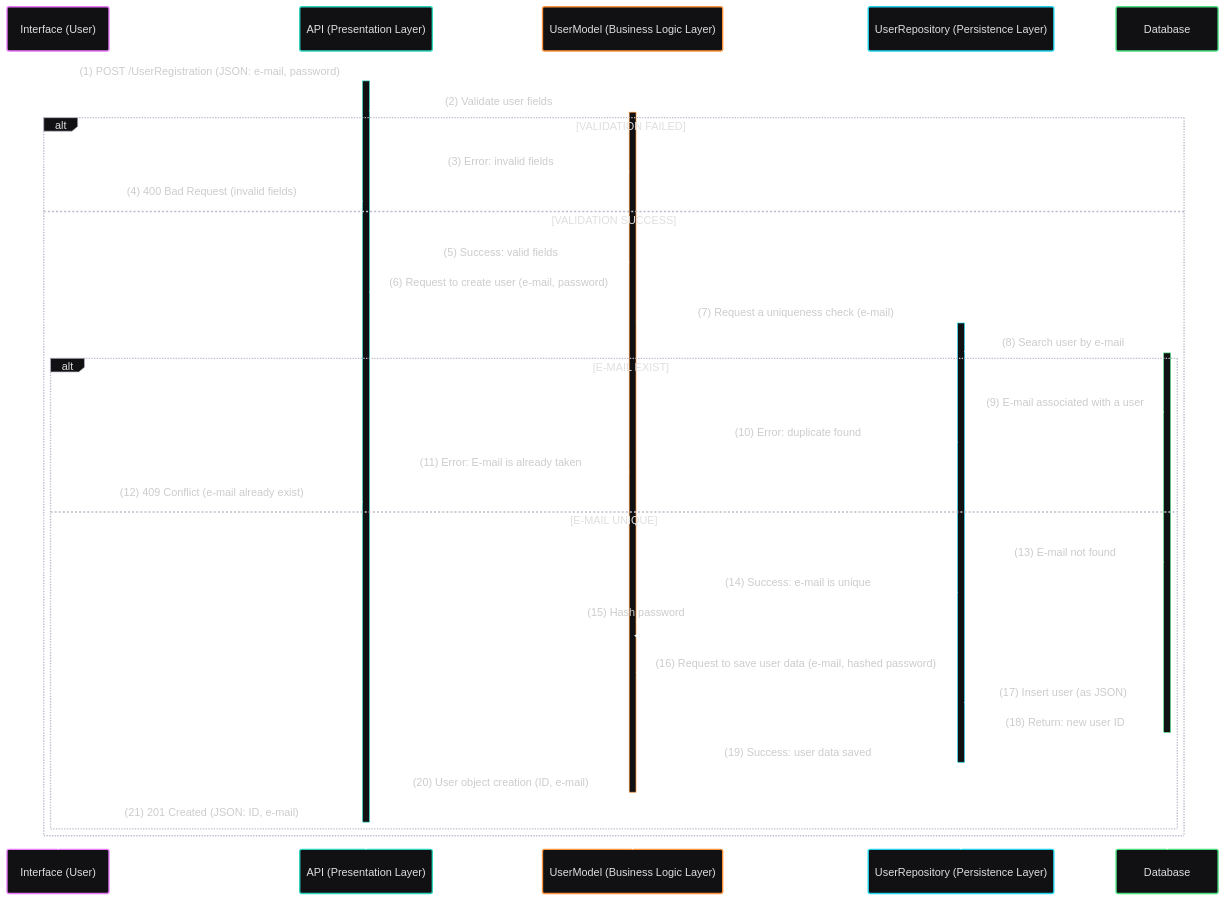
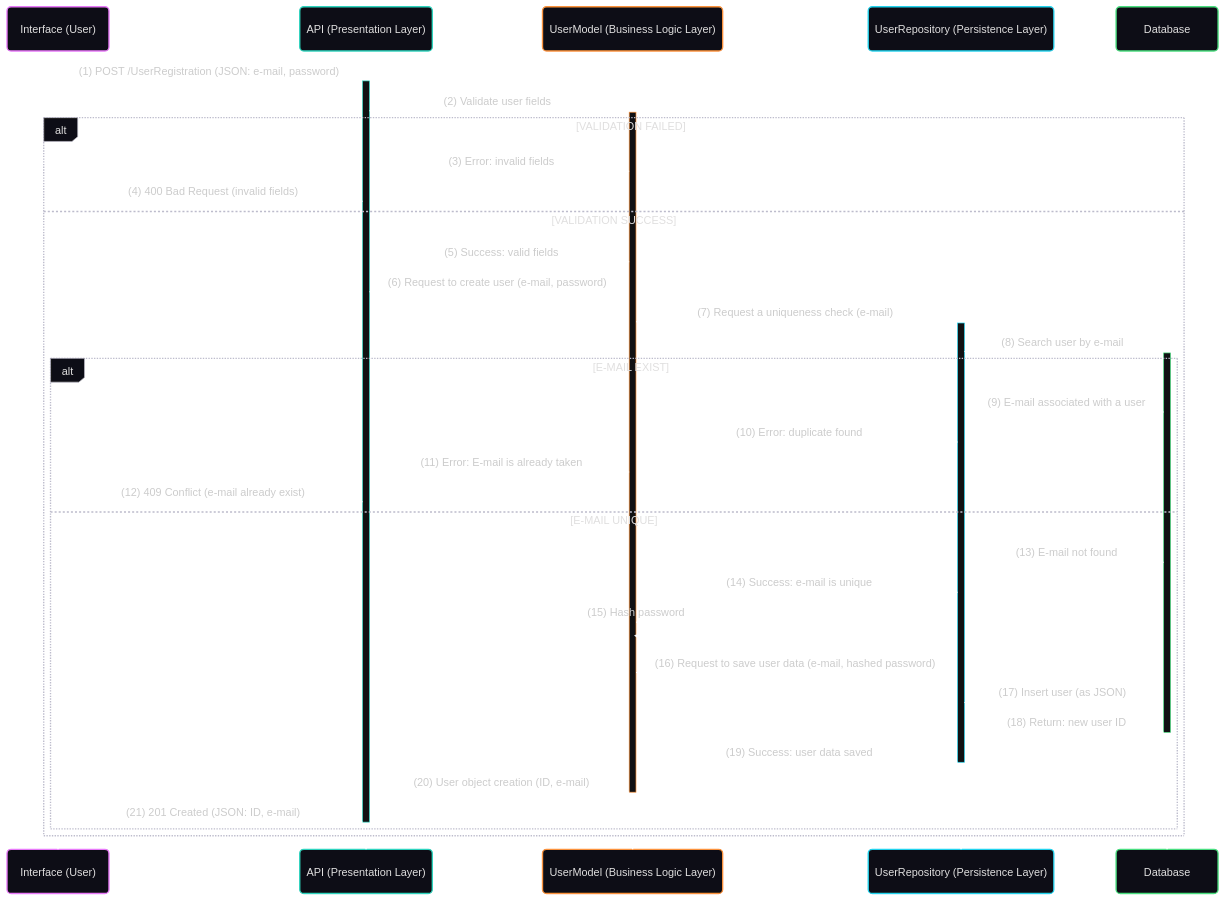
The third of 6 diagrams in part1/README.md (Lucas-Boyadjian/holbertonschool-hbnb), drawn with Mermaid before and after one commit. The commit also changed other lines of this file, not shown here.

Commit message:
Update sequence diagram configurations in README for improved styling

````diff
--- a/part1/README.md
+++ b/part1/README.md
@@ -220,40 +220,41 @@
 ```mermaid
 ---
 config:
   theme: redux-dark-color
+  look: neo
 ---
 	sequenceDiagram
     participant Interface as Interface (User)
     participant API as API (Presentation Layer)
     participant UserModel as UserModel (Business Logic Layer)
     participant UserRepository as UserRepository (Persistence Layer)
     participant Database as Database
     
     Interface ->>+ API: (1) POST /UserRegistration (JSON: e-mail, password)
     API ->>+ UserModel: (2) Validate user fields
     alt VALIDATION FAILED
         UserModel -->> API: (3) Error: invalid fields
         API -->> Interface: (4) 400 Bad Request (invalid fields)
     else VALIDATION SUCCESS
         UserModel -->> API: (5) Success: valid fields
         API ->> UserModel: (6) Request to create user (e-mail, password)
         UserModel ->>+ UserRepository: (7) Request a uniqueness check (e-mail)
         UserRepository ->>+ Database: (8) Search user by e-mail
         alt E-MAIL EXIST
             Database -->> UserRepository: (9) E-mail associated with a user
             UserRepository -->> UserModel: (10) Error: duplicate found
             UserModel -->> API: (11) Error: E-mail is already taken
             API -->> Interface: (12) 409 Conflict (e-mail already exist)
         else E-MAIL UNIQUE
             Database -->> UserRepository: (13) E-mail not found
             UserRepository -->> UserModel: (14) Success: e-mail is unique
             UserModel ->> UserModel: (15) Hash password
             UserModel ->> UserRepository: (16) Request to save user data (e-mail, hashed password)
             UserRepository ->> Database: (17) Insert user (as JSON)
             Database -->>- UserRepository: (18) Return: new user ID
             UserRepository -->>- UserModel: (19) Success: user data saved
             UserModel -->>- API: (20) User object creation (ID, e-mail)
             API -->>- Interface: (21) 201 Created (JSON: ID, e-mail)
         end
     end
 ```
````
